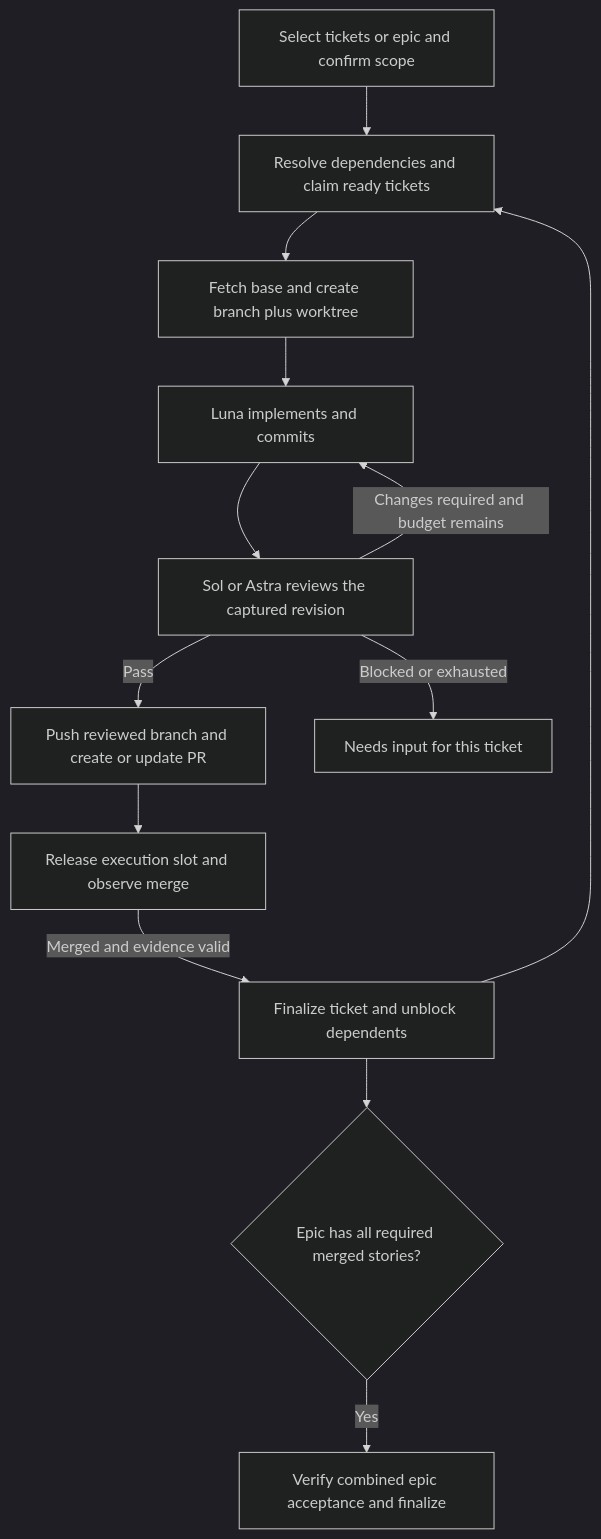
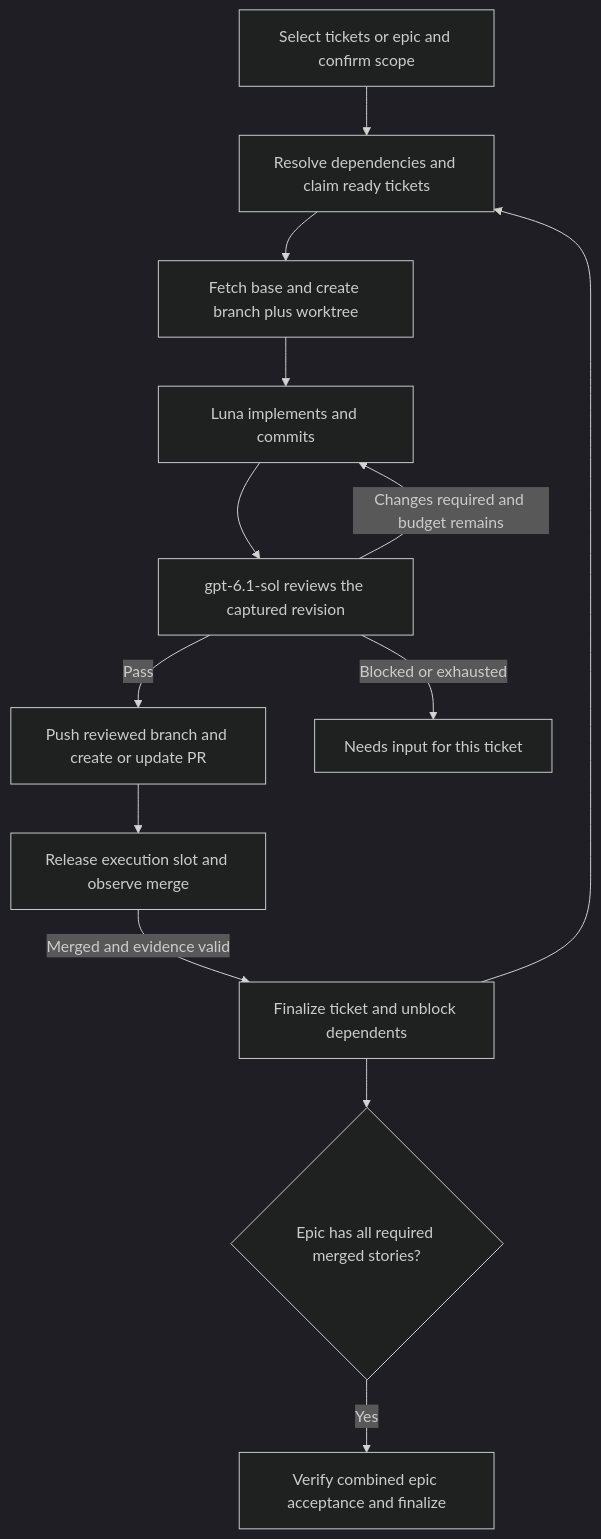
The diagram in docs/goals/agent-review-automation/README.md (blakeg83/taiga-mcp), drawn with Mermaid (dark theme) before and after one commit. The commit also changed other lines of this file and 2 other files, not shown here.

````diff
--- a/docs/goals/agent-review-automation/README.md
+++ b/docs/goals/agent-review-automation/README.md
@@ -57,15 +57,15 @@
 ```mermaid
 flowchart TD
     A[Select tickets or epic and confirm scope] --> B[Resolve dependencies and claim ready tickets]
     B --> C[Fetch base and create branch plus worktree]
     C --> D[Luna implements and commits]
-    D --> E[Sol or Astra reviews the captured revision]
+    D --> E[gpt-6.1-sol reviews the captured revision]
     E -->|Changes required and budget remains| D
     E -->|Pass| F[Push reviewed branch and create or update PR]
     E -->|Blocked or exhausted| G[Needs input for this ticket]
     F --> H[Release execution slot and observe merge]
     H -->|Merged and evidence valid| I[Finalize ticket and unblock dependents]
     I --> B
     I --> J{Epic has all required merged stories?}
     J -->|Yes| K[Verify combined epic acceptance and finalize]
 ```
````
